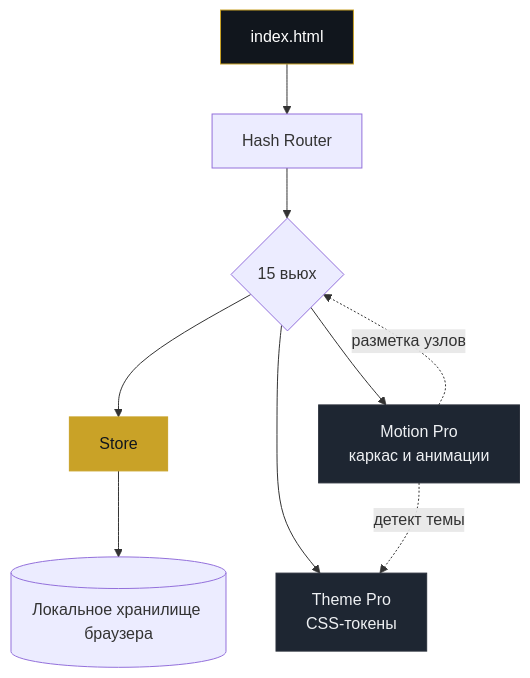
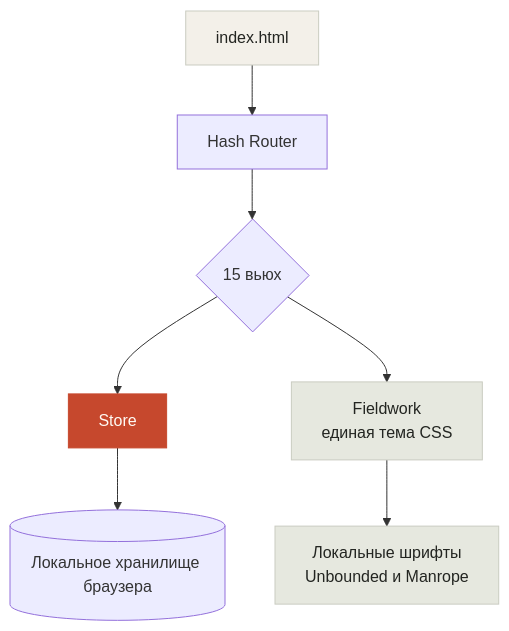
Before and after one commit to konstantin532/qa-study-portfolio: the second of 2 diagrams in README.md, drawn with Mermaid. The commit also changed other lines of this file and 22 other files, not shown here.

````diff
--- a/README.md
+++ b/README.md
@@ -185,16 +187,14 @@
 ```mermaid
 flowchart TD
     A[index.html] --> B[Hash Router]
     B --> C{15 вьюх}
     C --> D[Store]
     D --> E[(Локальное хранилище браузера)]
-    C --> F[Theme Pro<br/>CSS-токены]
-    C --> G[Motion Pro<br/>каркас и анимации]
-    G -.->|детект темы| F
-    G -.->|разметка узлов| C
+    C --> F[Fieldwork<br/>единая тема CSS]
+    F --> G[Локальные шрифты<br/>Unbounded и Manrope]
 
-    style A fill:#11161D,color:#fff,stroke:#C9A227
-    style D fill:#C9A227,color:#11161D,stroke:#C9A227
-    style F fill:#1e2632,color:#eef0f3,stroke:#2a303b
-    style G fill:#1e2632,color:#eef0f3,stroke:#2a303b
+    style A fill:#f3f0e9,color:#232521,stroke:#caccc1
+    style D fill:#c6482d,color:#fffaf4,stroke:#c6482d
+    style F fill:#e6e8df,color:#232521,stroke:#caccc1
+    style G fill:#e6e8df,color:#232521,stroke:#caccc1
 ```
````
